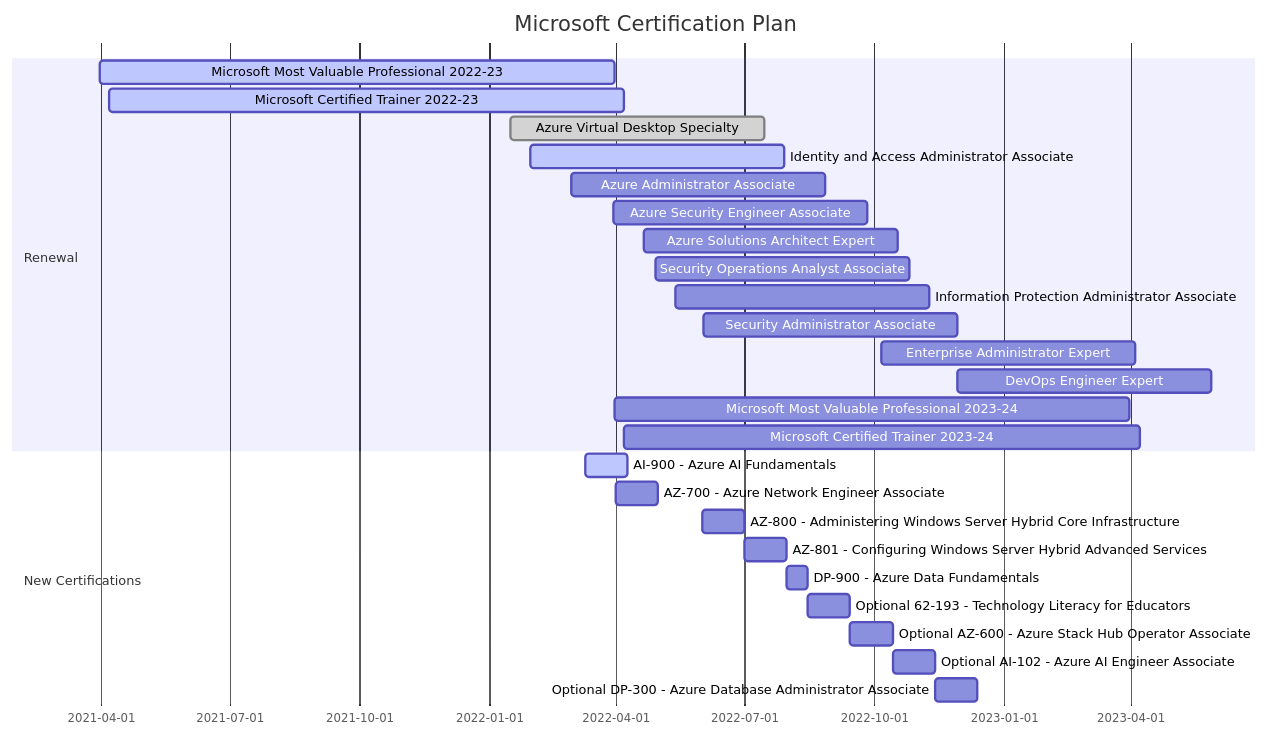
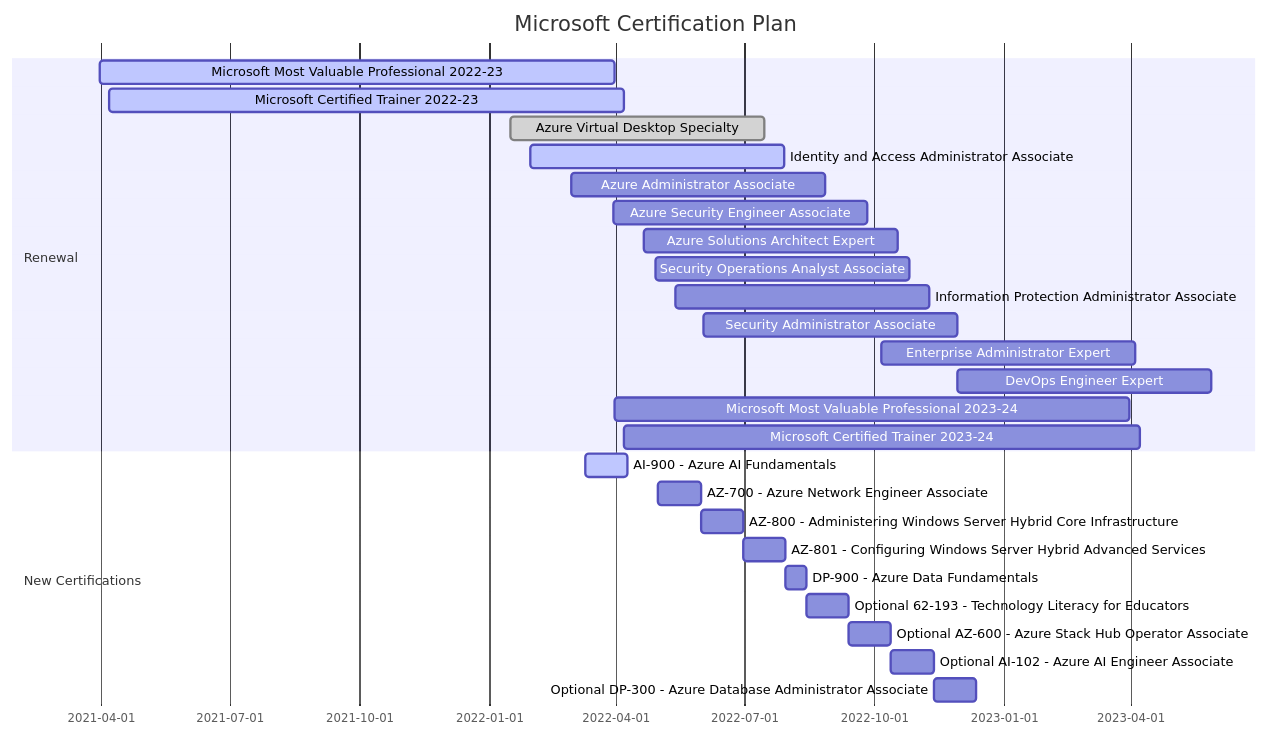
One commit to vukasinterzic/vukasinterzic changed the diagram in README.md. Above: the diagram before and after it, drawn with Mermaid.

Commit message:
cert plan updated

````diff
--- a/README.md
+++ b/README.md
@@ -38,31 +38,31 @@
 ```mermaid
     gantt
     title Microsoft Certification Plan
     dateFormat  YYYY-MM-DD
     section Renewal
     Microsoft Most Valuable Professional 2022-23    :active, 2021-03-31, 365d
     Microsoft Certified Trainer 2022-23             :active, 2021-04-07, 365d
     Azure Virtual Desktop Specialty                 :done, 2022-01-16, 180d
     Identity and Access Administrator Associate     :active, 2022-01-30, 180d
     Azure Administrator Associate                   :a2, 2022-02-28, 180d
     Azure Security Engineer Associate               :a3, 2022-03-30, 180d
     Azure Solutions Architect Expert                :a4, 2022-04-21, 180d
     Security Operations Analyst Associate           :a5, 2022-04-29, 180d
     Information Protection Administrator Associate  :a6, 2022-05-13, 180d
     Security Administrator Associate                :a7, 2022-06-02, 180d
     Enterprise Administrator Expert                 :a8, 2022-10-06, 180d
     DevOps Engineer Expert                          :a9, 2022-11-29, 180d
     Microsoft Most Valuable Professional 2023-24    :a10, 2022-03-31, 365d
     Microsoft Certified Trainer 2023-24             :a11, 2022-04-07, 365d
 
     section New Certifications
     AI-900 - Azure AI Fundamentals                                      :active, 2022-03-10, 30d
-    AZ-700 - Azure Network Engineer Associate                           :a12, 2022-04-01, 30d
-    AZ-800 - Administering Windows Server Hybrid Core Infrastructure    :a13, 2022-06-01, 30d
+    AZ-700 - Azure Network Engineer Associate                           :a12, 2022-05-01, 30d
+    AZ-800 - Administering Windows Server Hybrid Core Infrastructure    :a13, after a12, 30d
     AZ-801 - Configuring Windows Server Hybrid Advanced Services        :a14, after a13, 30d
     DP-900 - Azure Data Fundamentals                                    :a15, after a14, 15d
     Optional 62-193 - Technology Literacy for Educators                 :a16, after a15, 30d
     Optional AZ-600 - Azure Stack Hub Operator Associate                :a17, after a16, 30d
     Optional AI-102 - Azure AI Engineer Associate                       :a18, after a17, 30d
     Optional DP-300 - Azure Database Administrator Associate            :a19, after a18, 30d
 ```
````
